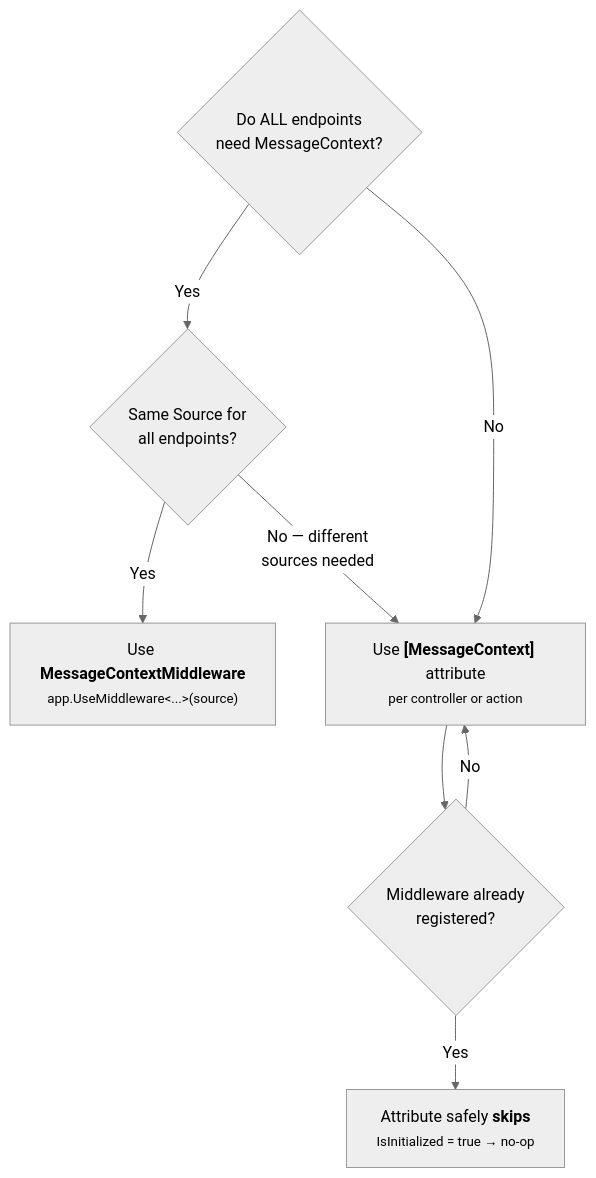
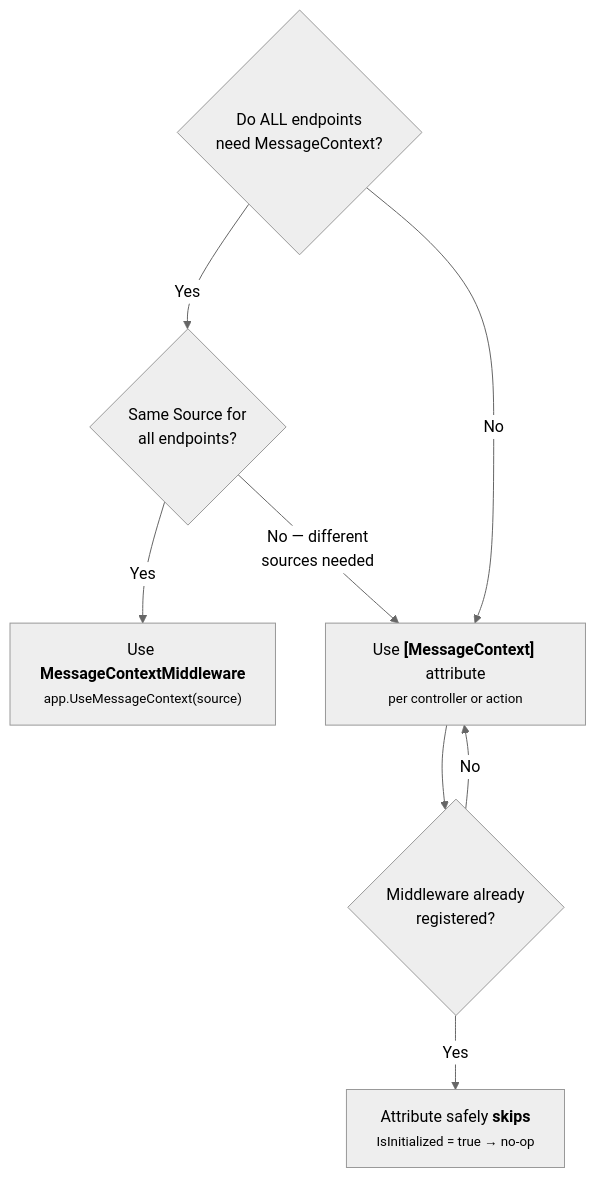
The third of 7 diagrams in content/core/messaging/message-context/_index.md (creatorflow-io/juice-docs), drawn with Mermaid (neutral theme) before and after one commit. The commit also changed other lines of this file and 2 other files, not shown here.

First line of the commit message:
Fix messaging docs: local publisher, consumer topology, UseMessageContext

````diff
--- a/content/core/messaging/message-context/_index.md
+++ b/content/core/messaging/message-context/_index.md
@@ -215,18 +216,18 @@
 ```mermaid
 flowchart TD
     Q1{"Do ALL endpoints<br/>need MessageContext?"}
     Q2{"Same Source for<br/>all endpoints?"}
     Q3{"Middleware already<br/>registered?"}
 
-    R1["Use <b>MessageContextMiddleware</b><br/><small>app.UseMiddleware&lt;...&gt;(source)</small>"]
+    R1["Use <b>MessageContextMiddleware</b><br/><small>app.UseMessageContext(source)</small>"]
     R2["Use <b>[MessageContext]</b> attribute<br/><small>per controller or action</small>"]
     R3["Attribute safely <b>skips</b><br/><small>IsInitialized = true → no-op</small>"]
 
     Q1 -->|Yes| Q2
     Q1 -->|No| R2
     Q2 -->|Yes| R1
     Q2 -->|"No — different<br/>sources needed"| R2
     R2 --> Q3
     Q3 -->|"Yes"| R3
     Q3 -->|"No"| R2
 ```
````
